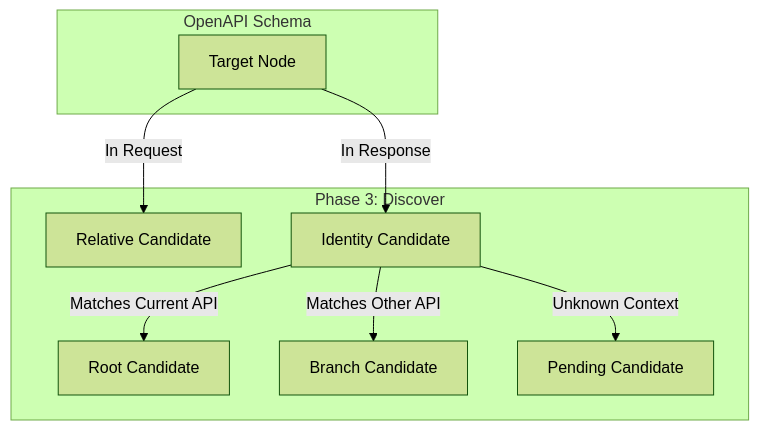
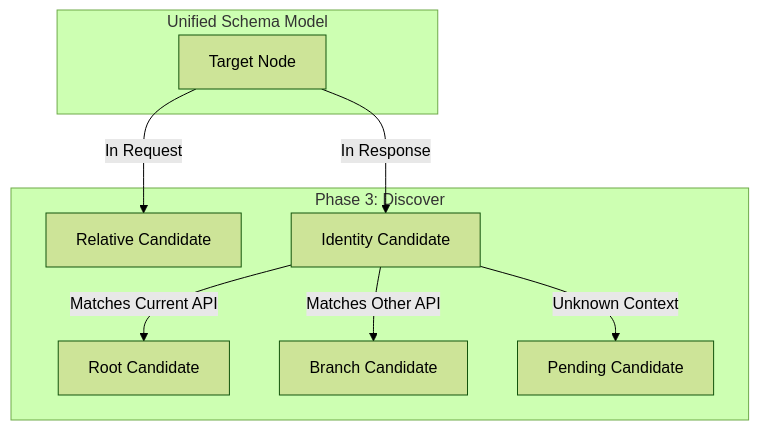
Before and after one commit to budment/budment: the third of 5 diagrams in docs/pipline/parse.md, drawn with Mermaid (forest theme). The commit also changed other lines of this file and 1 other file, not shown here.

````diff
--- a/docs/pipline/parse.md
+++ b/docs/pipline/parse.md
@@ -69,15 +70,15 @@
 ```mermaid
 flowchart TD
-    subgraph OpenAPI Schema
+    subgraph Unified Schema Model
         TN[Target Node]
     end
 
     subgraph Phase 3: Discover
         TN -->|In Request| Rel[Relative Candidate]
         TN -->|In Response| ID[Identity Candidate]
 
         ID -->|Matches Current API| Root[Root Candidate]
         ID -->|Matches Other API| Branch[Branch Candidate]
         ID -->|Unknown Context| Unbound[Pending Candidate]
     end
 ```
````
